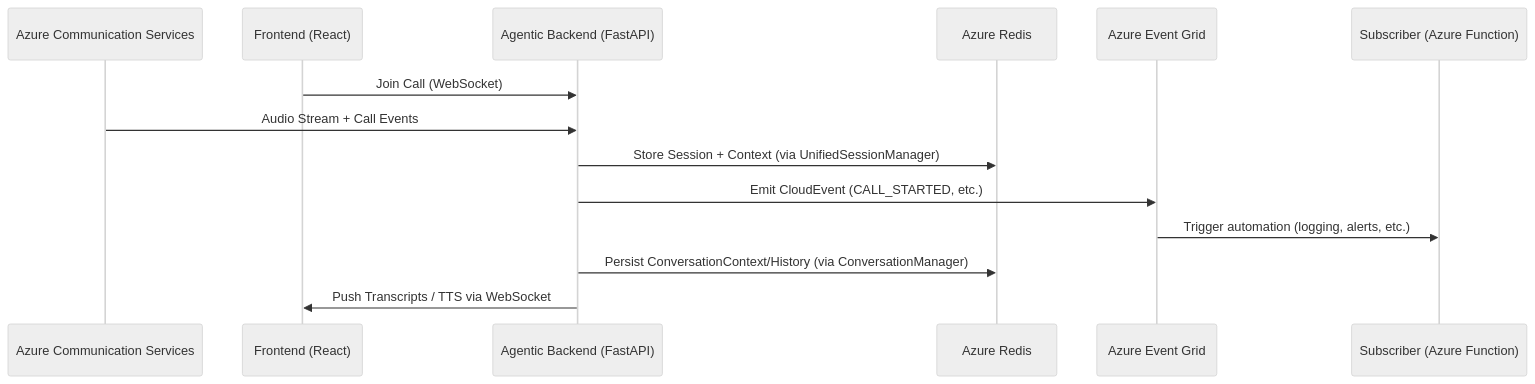
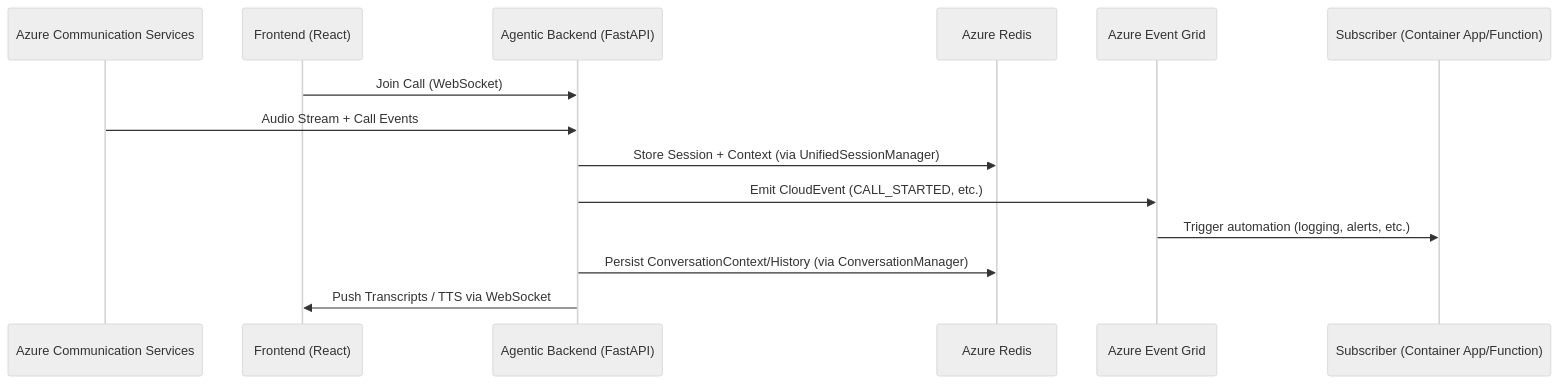
Before and after one commit to pablosalvador10/gbb-ai-audio-agent: the first of 3 diagrams in docs/RTMedAgent-State-and-Event-Flow.md, drawn with Mermaid (neutral theme). The commit also changed other lines of this file and 2 other files, not shown here.

Commit message:
Add load testing strategy and decision guide for microservices architecture

````diff
--- a/docs/RTMedAgent-State-and-Event-Flow.md
+++ b/docs/RTMedAgent-State-and-Event-Flow.md
@@ -50,17 +50,17 @@
 ```mermaid
 sequenceDiagram
     participant ACS as Azure Communication Services
     participant FE as Frontend (React)
     participant API as Agentic Backend (FastAPI)
     participant Redis as Azure Redis
     participant EG as Azure Event Grid
-    participant Func as Subscriber (Azure Function)
+    participant Func as Subscriber (Container App/Function)
 
     FE->>API: Join Call (WebSocket)
     ACS->>API: Audio Stream + Call Events
     API->>Redis: Store Session + Context (via UnifiedSessionManager)
     API->>EG: Emit CloudEvent (CALL_STARTED, etc.)
     EG->>Func: Trigger automation (logging, alerts, etc.)
     API->>Redis: Persist ConversationContext/History (via ConversationManager)
     API->>FE: Push Transcripts / TTS via WebSocket
 ```
````
